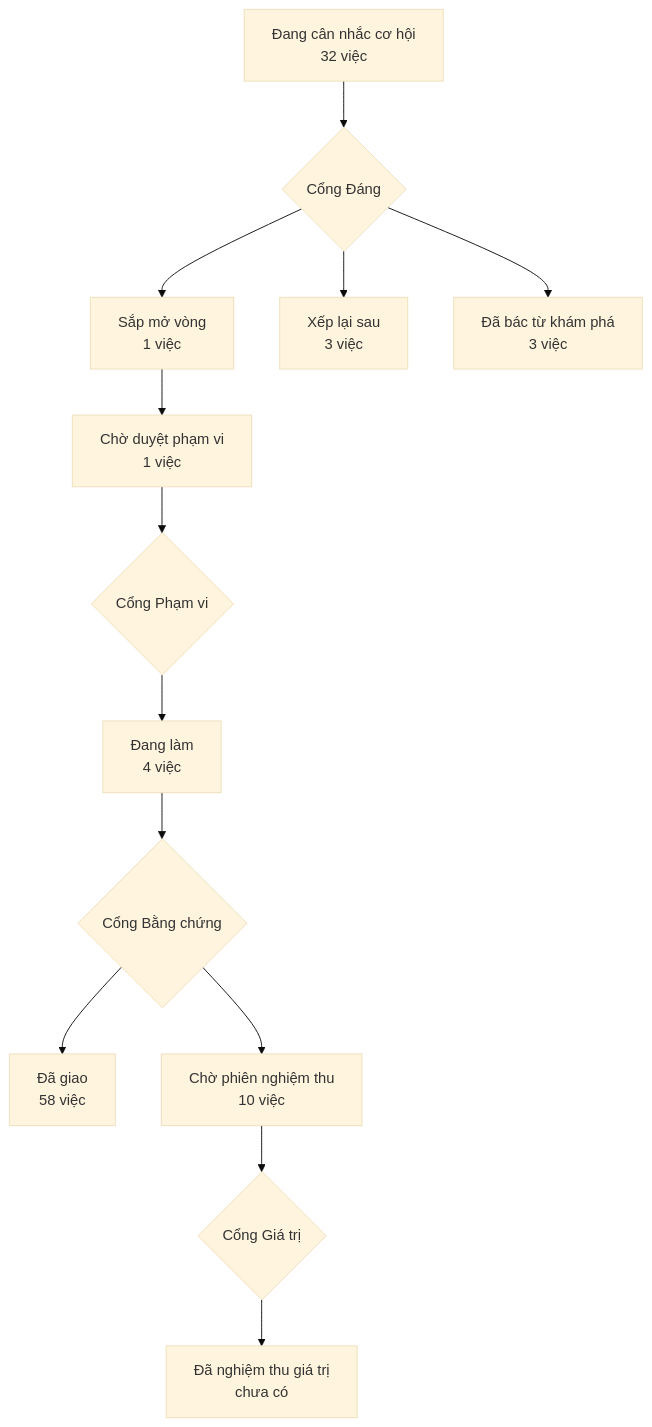
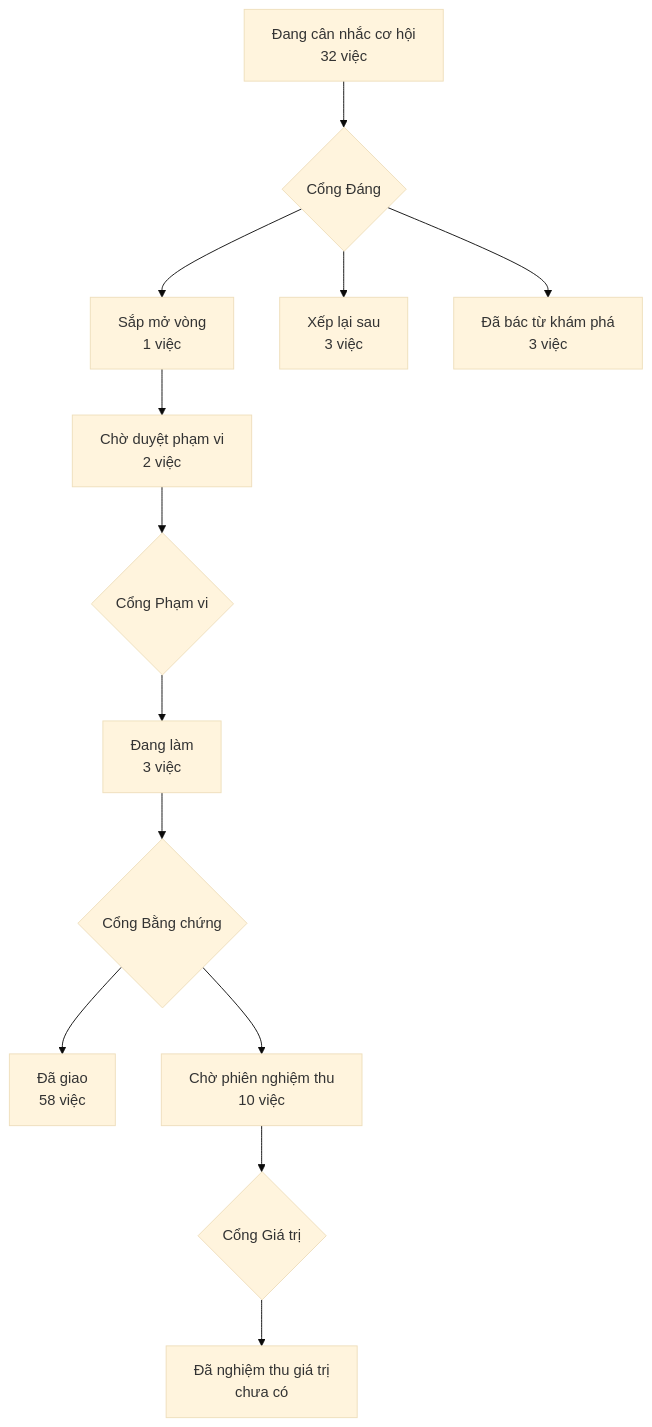
The diagram in PRODUCT-MAP.md (phanlemanh/acceptance-gate-kit), drawn with Mermaid (base theme) before and after one commit. The commit also changed other lines of this file and 2 other files, not shown here.

Commit message:
chore(release-2-14-0): hạ hợp đồng mốc về draft — chờ PR #176 merge
Duyệt ở 87355094 rồi hạ lại cùng ngày: một phiên KHÁC («Tiêu thụ token và
hiệu suất ký») đang giữ PR #176 với hai hồ sơ nữa của cùng cửa sổ — một đã
ký (chu-ky-khong-tu-lam-hoa-cu, ADR 0019) và một draft.

Bốn khối sự thật của hồ sơ dựng trên cây CHƯA có #176 nên sẽ sai khi nó vào:
Context khai «đúng MỘT tệp engine» (#176 chạm cả hai gói) · bảng năm dòng
đếm MỘT vòng (cửa sổ có ít nhất HAI vòng đã ký) · §4 xếp routing-baseline
đầu bảng cho cửa sổ sau (#176 làm nó rồi) · ô so_stale ghim 43 (mục đích

Bài học ghi thẳng vào sổ: phiên này khai «cửa sổ đổi đúng MỘT tệp engine»
mà chỉ nhìn main, không soi PR đang mở của phiên khác trong cùng kho.

````diff
--- a/PRODUCT-MAP.md
+++ b/PRODUCT-MAP.md
@@ -6,12 +6,12 @@
 ```mermaid
 flowchart TD
   A["Đang cân nhắc cơ hội<br/>32 việc"] --> GD{"Cổng Đáng"}
   GD --> B["Sắp mở vòng<br/>1 việc"]
   GD --> XL["Xếp lại sau<br/>3 việc"]
   GD --> DB["Đã bác từ khám phá<br/>3 việc"]
-  B --> CD["Chờ duyệt phạm vi<br/>1 việc"] --> GP{"Cổng Phạm vi"}
-  GP --> DL["Đang làm<br/>4 việc"] --> GB{"Cổng Bằng chứng"}
+  B --> CD["Chờ duyệt phạm vi<br/>2 việc"] --> GP{"Cổng Phạm vi"}
+  GP --> DL["Đang làm<br/>3 việc"] --> GB{"Cổng Bằng chứng"}
   GB --> DG["Đã giao<br/>58 việc"]
   GB --> CN["Chờ phiên nghiệm thu<br/>10 việc"] --> GG{"Cổng Giá trị"}
   GG --> NT["Đã nghiệm thu giá trị<br/>chưa có"]
 ```
````
